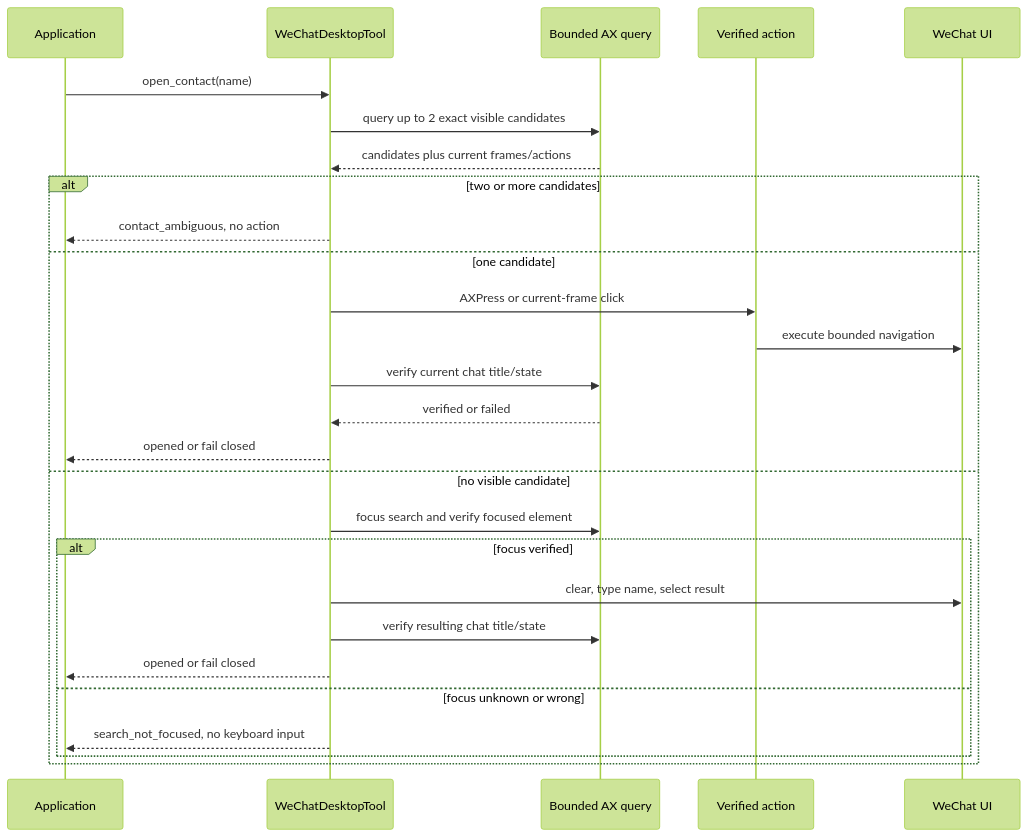
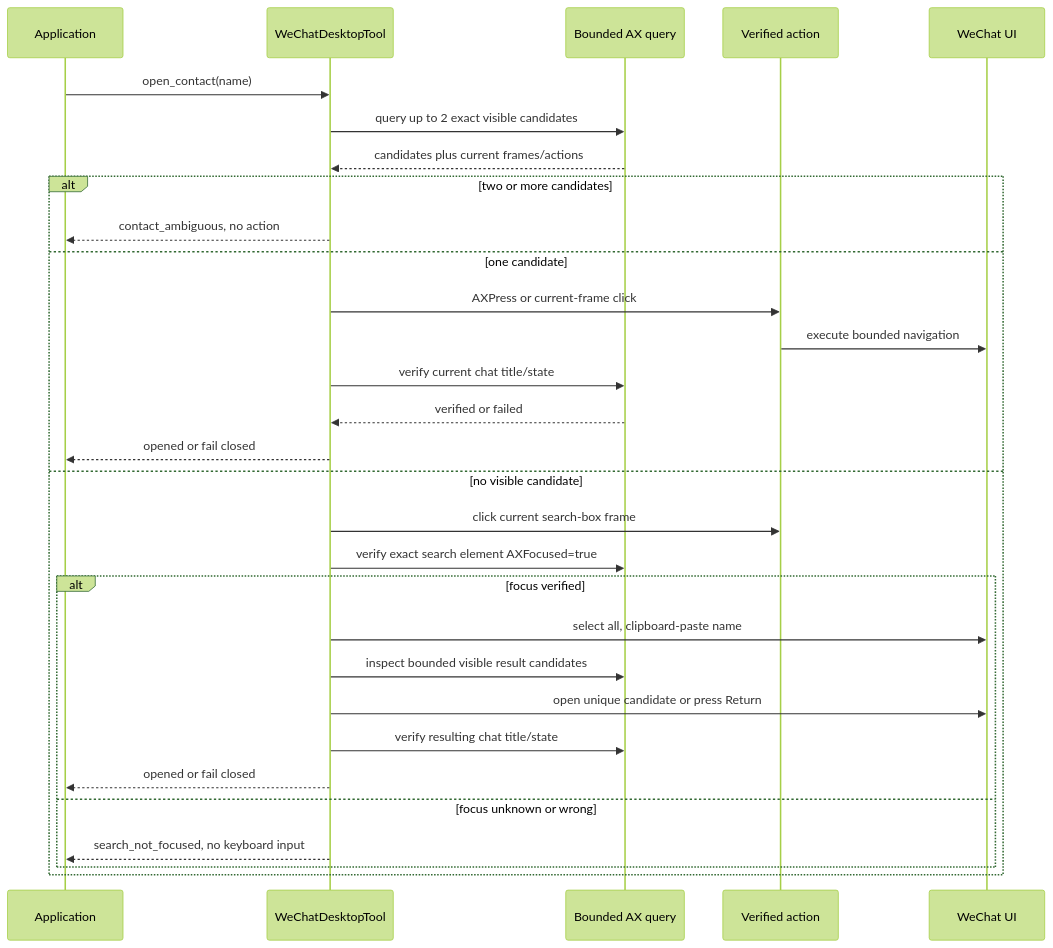
One commit to zhanghao1903/macos-computer-use changed the first of 3 diagrams in docs/feature/accessibility-selector-engine/design-remediation-2026-07-12.md. Above: the diagram before and after it, drawn with Mermaid (forest theme). The commit also changed other lines of this file and 5 other files, not shown here.

Commit message:
fix: verify WeChat global search flow

````diff
--- a/docs/feature/accessibility-selector-engine/design-remediation-2026-07-12.md
+++ b/docs/feature/accessibility-selector-engine/design-remediation-2026-07-12.md
@@ -380,30 +380,33 @@
 ```mermaid
 sequenceDiagram
   participant App as Application
   participant W as WeChatDesktopTool
   participant Q as Bounded AX query
   participant A as Verified action
   participant UI as WeChat UI
 
   App->>W: open_contact(name)
   W->>Q: query up to 2 exact visible candidates
   Q-->>W: candidates plus current frames/actions
   alt two or more candidates
     W-->>App: contact_ambiguous, no action
   else one candidate
     W->>A: AXPress or current-frame click
     A->>UI: execute bounded navigation
     W->>Q: verify current chat title/state
     Q-->>W: verified or failed
     W-->>App: opened or fail closed
   else no visible candidate
-    W->>Q: focus search and verify focused element
+    W->>A: click current search-box frame
+    W->>Q: verify exact search element AXFocused=true
     alt focus verified
-      W->>UI: clear, type name, select result
+      W->>UI: select all, clipboard-paste name
+      W->>Q: inspect bounded visible result candidates
+      W->>UI: open unique candidate or press Return
       W->>Q: verify resulting chat title/state
       W-->>App: opened or fail closed
     else focus unknown or wrong
       W-->>App: search_not_focused, no keyboard input
     end
   end
 ```
````
